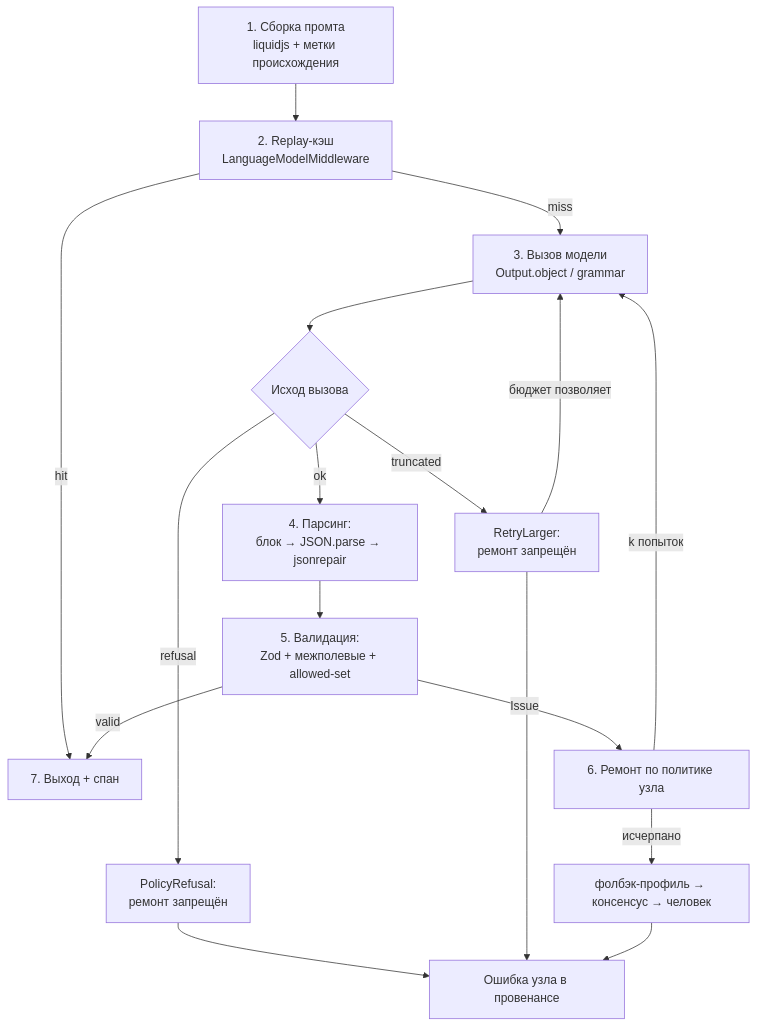
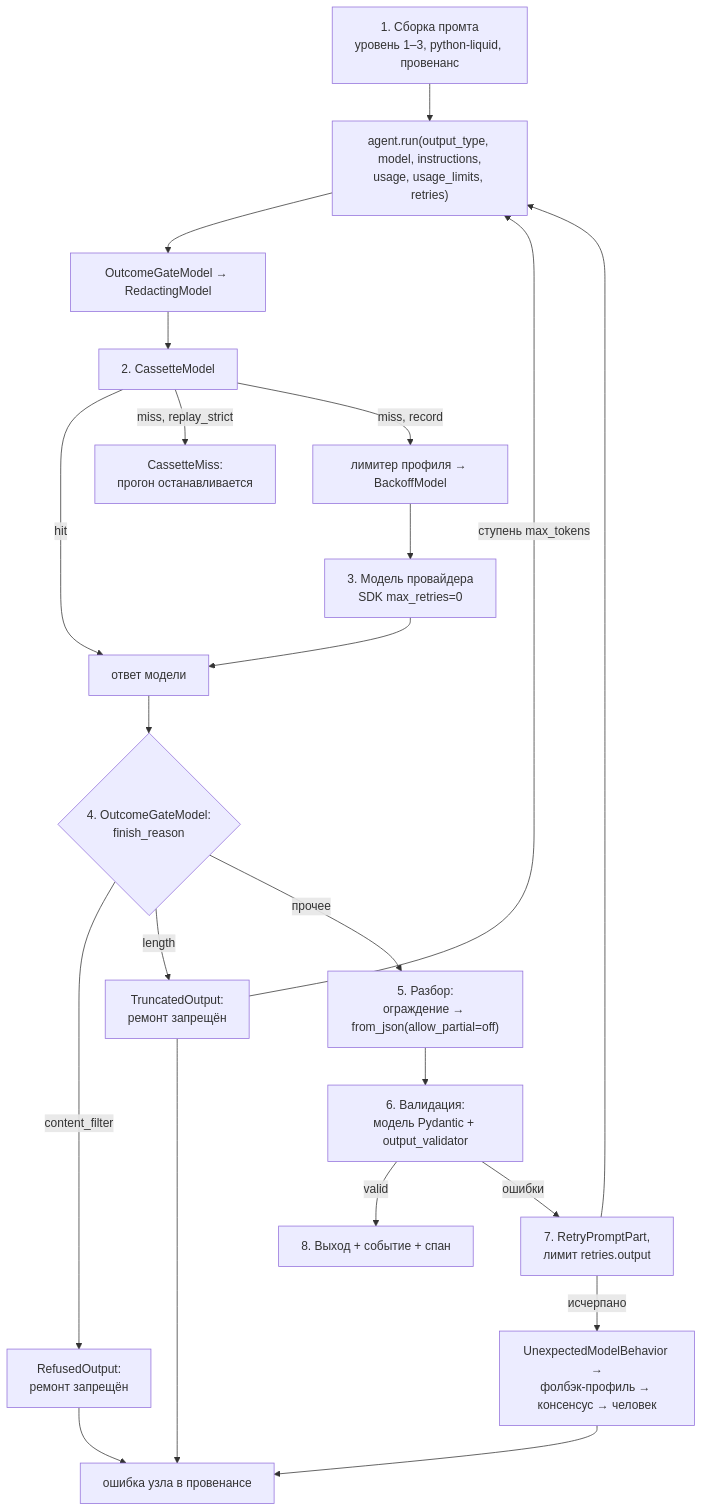
Before and after one commit to lastonoga/AQVEN: the second of 2 diagrams in docs/10-runtime.md, drawn with Mermaid. The commit also changed other lines of this file and 476 other files, not shown here.

````diff
--- a/docs/10-runtime.md
+++ b/docs/10-runtime.md
@@ -372,19 +639,24 @@
 ```mermaid
 flowchart TB
-  A["1. Сборка промта<br/>liquidjs + метки происхождения"] --> B["2. Replay-кэш<br/>LanguageModelMiddleware"]
-  B -->|hit| G["7. Выход + спан"]
-  B -->|miss| C["3. Вызов модели<br/>Output.object / grammar"]
-  C --> D{"Исход вызова"}
-  D -->|refusal| R1["PolicyRefusal:<br/>ремонт запрещён"]
-  D -->|truncated| R2["RetryLarger:<br/>ремонт запрещён"]
-  D -->|ok| E["4. Парсинг:<br/>блок → JSON.parse → jsonrepair"]
-  E --> F["5. Валидация:<br/>Zod + межполевые + allowed-set"]
-  F -->|valid| G
-  F -->|Issue| H["6. Ремонт по политике узла"]
-  H -->|k попыток| C
-  H -->|исчерпано| I["фолбэк-профиль → консенсус → человек"]
-  R2 -->|бюджет позволяет| C
-  R1 --> J["Ошибка узла в провенансе"]
+  A["1. Сборка промта<br/>уровень 1–3, python-liquid, провенанс"] --> R["agent.run(output_type, model, instructions,<br/>usage, usage_limits, retries)"]
+  R --> OG["OutcomeGateModel → RedactingModel"]
+  OG --> B["2. CassetteModel"]
+  B -->|"hit"| RESP["ответ модели"]
+  B -->|"miss, replay_strict"| CM["CassetteMiss:<br/>прогон останавливается"]
+  B -->|"miss, record"| L["лимитер профиля → BackoffModel"]
+  L --> C["3. Модель провайдера<br/>SDK max_retries=0"]
+  C --> RESP
+  RESP --> D{"4. OutcomeGateModel:<br/>finish_reason"}
+  D -->|"content_filter"| R1["RefusedOutput:<br/>ремонт запрещён"]
+  D -->|"length"| R2["TruncatedOutput:<br/>ремонт запрещён"]
+  D -->|"прочее"| E["5. Разбор:<br/>ограждение → from_json(allow_partial=off)"]
+  E --> F["6. Валидация:<br/>модель Pydantic + output_validator"]
+  F -->|"valid"| G["8. Выход + событие + спан"]
+  F -->|"ошибки"| H["7. RetryPromptPart,<br/>лимит retries.output"]
+  H --> R
+  H -->|"исчерпано"| I["UnexpectedModelBehavior →<br/>фолбэк-профиль → консенсус → человек"]
+  R2 -->|"ступень max_tokens"| R
+  R1 --> J["ошибка узла в провенансе"]
   R2 --> J
   I --> J
 ```
````
